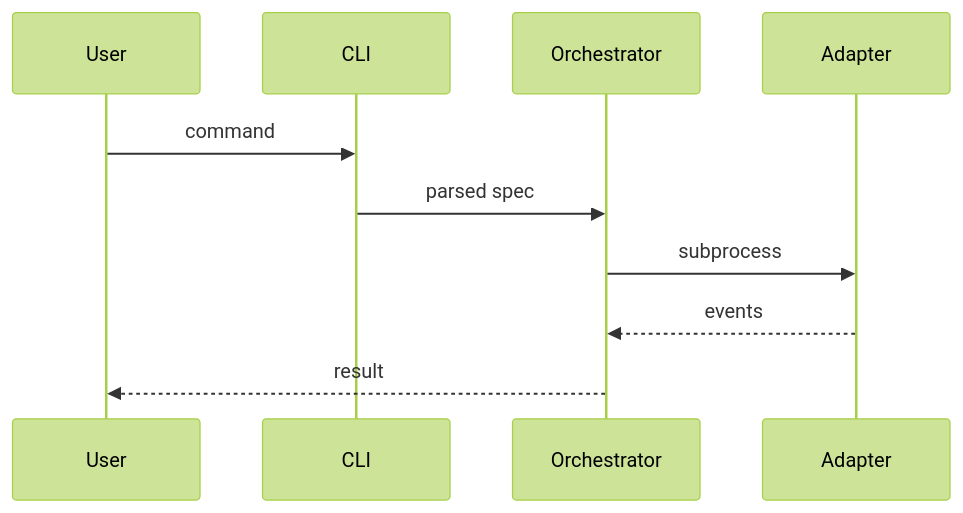
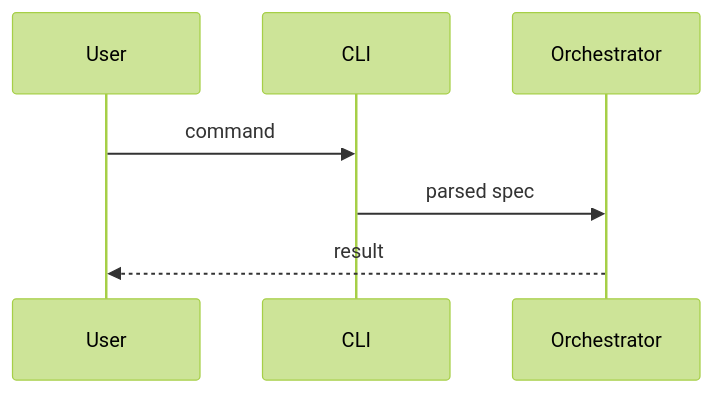
The first of 2 diagrams in anvil/skills/writing-system-design/references/phases.md (chonalchendo/anvil), drawn with Mermaid (forest theme) before and after one commit. The commit also changed other lines of this file and 1 other file, not shown here.

````diff
--- a/anvil/skills/writing-system-design/references/phases.md
+++ b/anvil/skills/writing-system-design/references/phases.md
@@ -47,12 +41,9 @@
 ```mermaid
 sequenceDiagram
     participant User
     participant CLI
     participant Orchestrator
-    participant Adapter
     User->>CLI: command
     CLI->>Orchestrator: parsed spec
-    Orchestrator->>Adapter: subprocess
-    Adapter-->>Orchestrator: events
     Orchestrator-->>User: result
 ```
````
